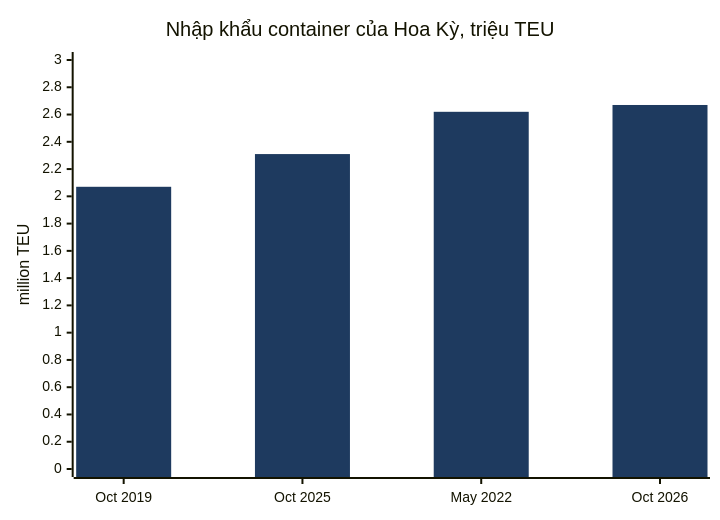
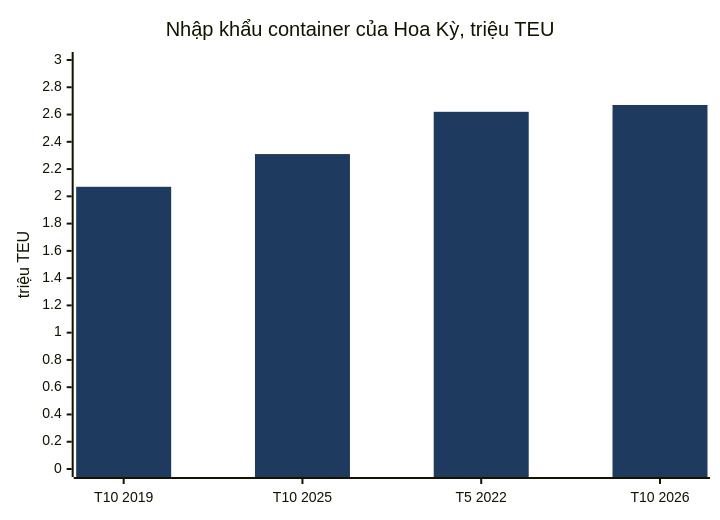
One commit to dureach/research changed diagram 11 of 13 in Global-Trade-Intelligence-weekly-2026-11-16/index.vi.md. Above: the diagram before and after it, drawn with Mermaid. The commit also changed other lines of this file and 5 other files, not shown here.

````diff
--- a/Global-Trade-Intelligence-weekly-2026-11-16/index.vi.md
+++ b/Global-Trade-Intelligence-weekly-2026-11-16/index.vi.md
@@ -563,8 +563,8 @@
 ```mermaid
 %%{init: {'theme': 'base', 'themeVariables': {'xyChart': {'plotColorPalette': '#1e3a5f'}}}}%%
 xychart-beta
     title "Nhập khẩu container của Hoa Kỳ, triệu TEU"
-    x-axis ["Oct 2019", "Oct 2025", "May 2022", "Oct 2026"]
-    y-axis "million TEU" 0 --> 3
+    x-axis ["T10 2019", "T10 2025", "T5 2022", "T10 2026"]
+    y-axis "triệu TEU" 0 --> 3
     bar [2.07, 2.31, 2.62, 2.67]
 ```
````
